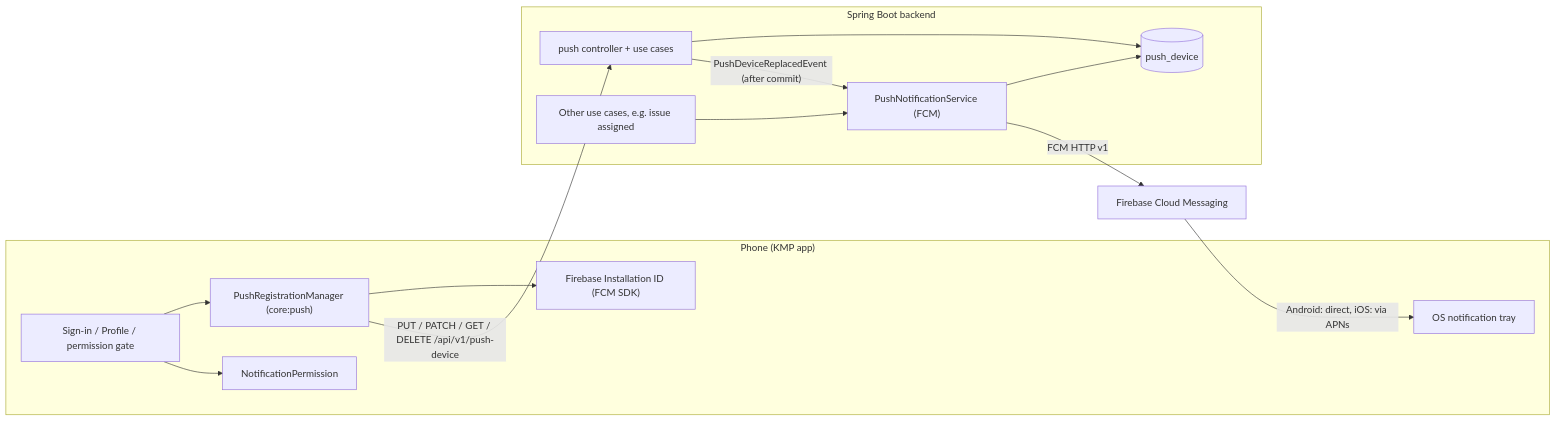
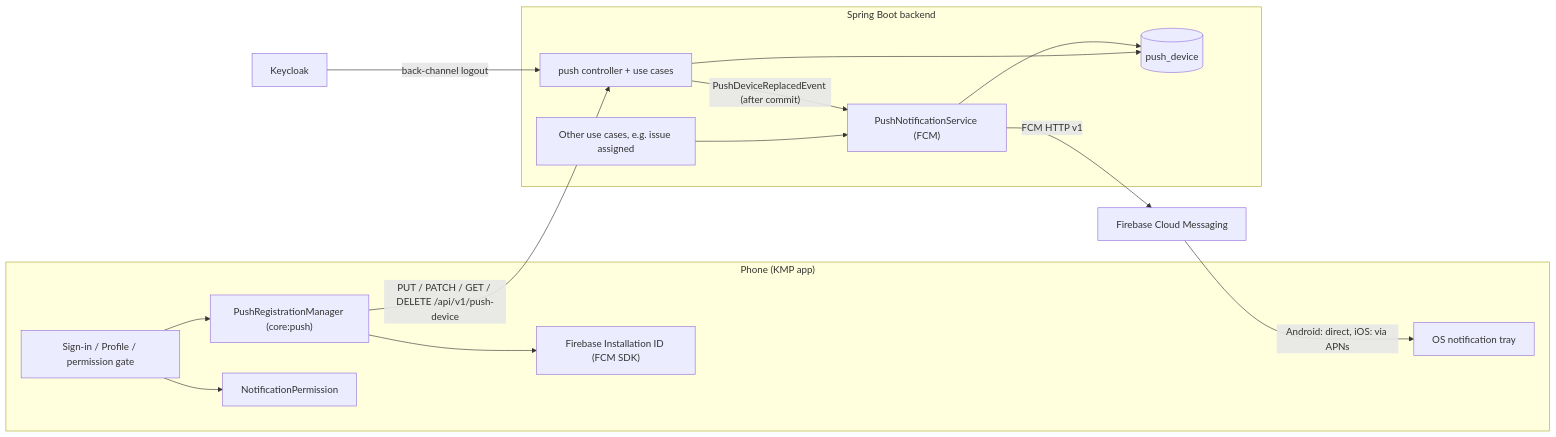
Before and after one commit to piskula/TruckerTracker: the first of 6 diagrams in docs/push-notifications.md, drawn with Mermaid. The commit also changed other lines of this file and 10 other files, not shown here.

First line of the commit message:
Rely on Keycloak back-channel logout to remove the push device on sign-out

````diff
--- a/docs/push-notifications.md
+++ b/docs/push-notifications.md
@@ -35,18 +35,19 @@
 ```mermaid
 flowchart LR
   subgraph Phone["Phone (KMP app)"]
     UI["Sign-in / Profile / permission gate"] --> PRM["PushRegistrationManager (core:push)"]
     PRM --> FIREBASE_INSTALLATION["Firebase Installation ID (FCM SDK)"]
     UI --> PERM["NotificationPermission"]
     TRAY["OS notification tray"]
   end
   subgraph Backend["Spring Boot backend"]
     API["push controller + use cases"] --> DB[("push_device")]
     DOMAIN["Other use cases, e.g. issue assigned"] --> PNS["PushNotificationService (FCM)"]
     API -- "PushDeviceReplacedEvent (after commit)" --> PNS
     PNS --> DB
   end
   PRM -- "PUT / PATCH / GET / DELETE /api/v1/push-device" --> API
+  KC["Keycloak"] -- "back-channel logout" --> API
   PNS -- "FCM HTTP v1" --> FCM["Firebase Cloud Messaging"]
   FCM -- "Android: direct, iOS: via APNs" --> TRAY
 ```
````
